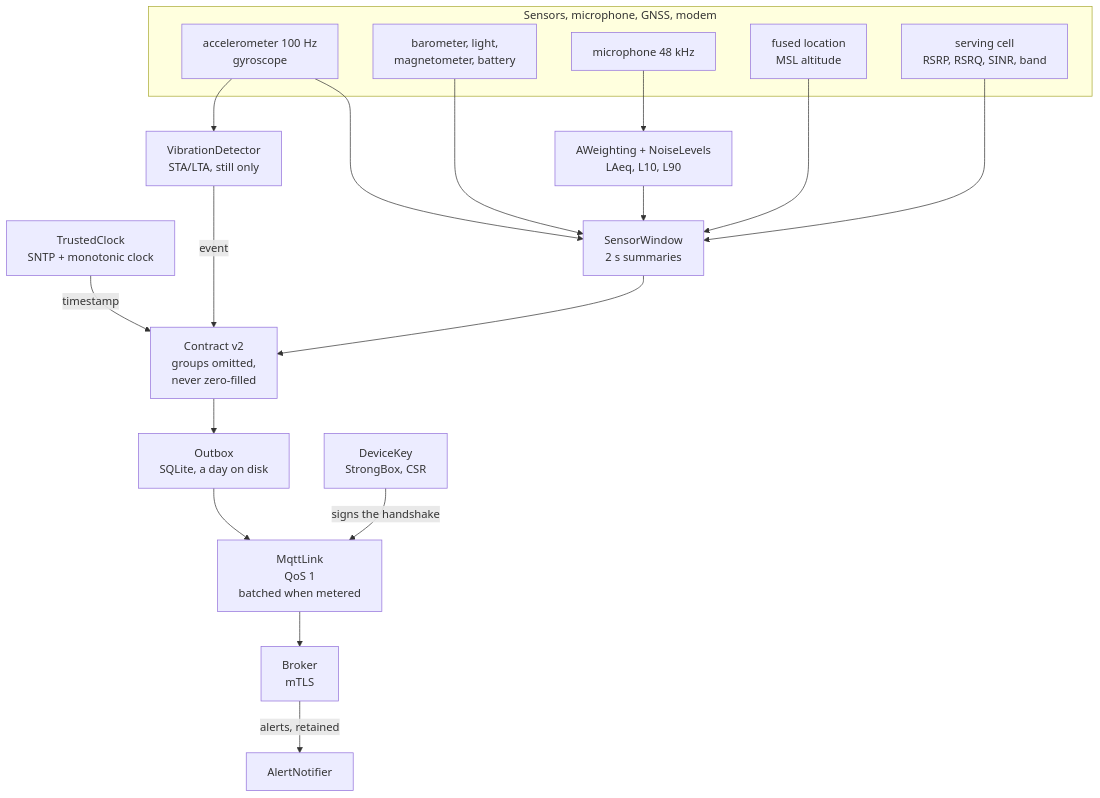
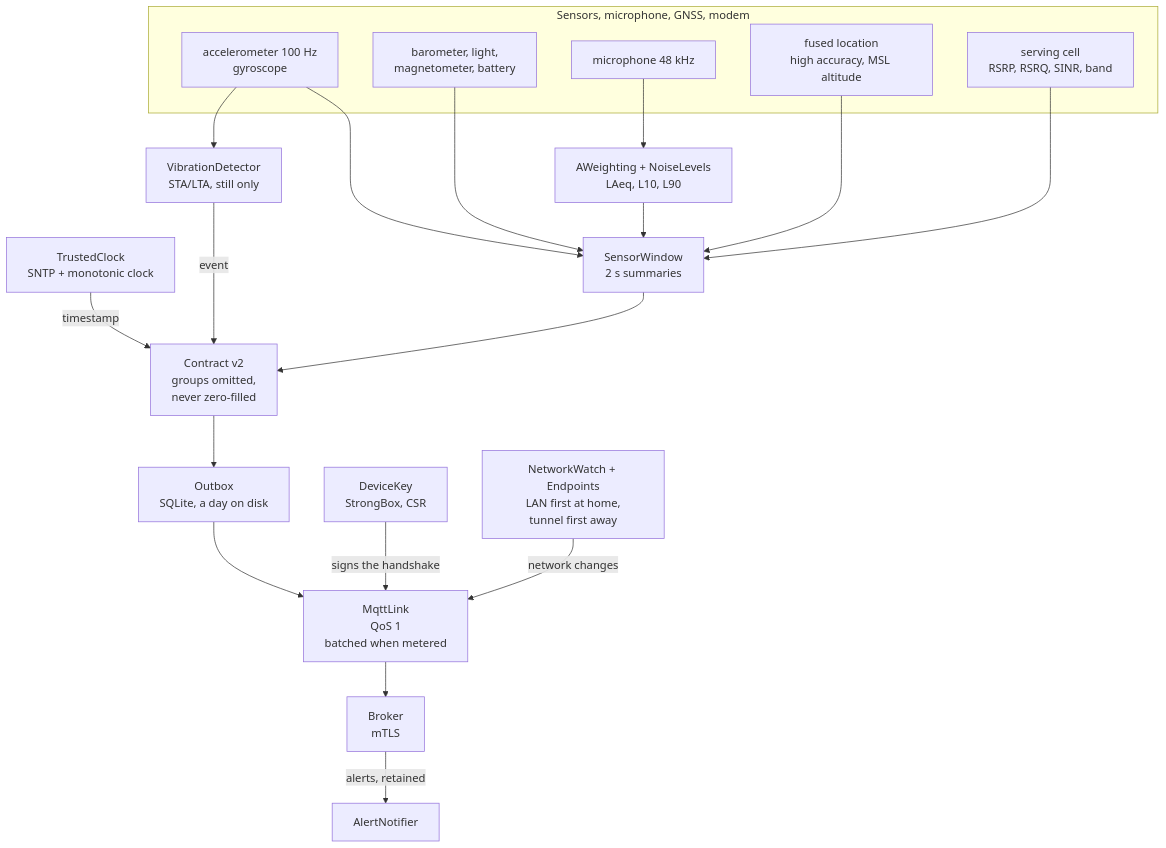
Before and after one commit to Zoel-Manchon/psychron: the third of 5 diagrams in README.md, drawn with Mermaid. The commit also changed other lines of this file and 3 other files, not shown here.

First line of the commit message:
Bring the README and its diagrams in line with the system as built

````diff
--- a/README.md
+++ b/README.md
@@ -140,38 +147,40 @@
 ```mermaid
 flowchart TB
     CLK["TrustedClock<br/>SNTP + monotonic clock"]
 
     subgraph sensors["Sensors, microphone, GNSS, modem"]
         IMU["accelerometer 100 Hz<br/>gyroscope"]
         ENV["barometer, light,<br/>magnetometer, battery"]
         MIC["microphone 48 kHz"]
-        GEO["fused location<br/>MSL altitude"]
+        GEO["fused location<br/>high accuracy, MSL altitude"]
         RAD["serving cell<br/>RSRP, RSRQ, SINR, band"]
     end
 
     VIB["VibrationDetector<br/>STA/LTA, still only"]
     NOI["AWeighting + NoiseLevels<br/>LAeq, L10, L90"]
     WIN["SensorWindow<br/>2 s summaries"]
     CON["Contract v2<br/>groups omitted,<br/>never zero-filled"]
     BOX["Outbox<br/>SQLite, a day on disk"]
     KEY["DeviceKey<br/>StrongBox, CSR"]
+    NET["NetworkWatch + Endpoints<br/>LAN first at home,<br/>tunnel first away"]
     LNK["MqttLink<br/>QoS 1<br/>batched when metered"]
     BRK["Broker<br/>mTLS"]
     NTF["AlertNotifier"]
 
     IMU --> VIB
     IMU --> WIN
     ENV --> WIN
     MIC --> NOI
     NOI --> WIN
     GEO --> WIN
     RAD --> WIN
     WIN --> CON
     VIB -->|"event"| CON
     CLK -->|"timestamp"| CON
     CON --> BOX
     BOX --> LNK
     KEY -->|"signs the handshake"| LNK
+    NET -->|"network changes"| LNK
     LNK --> BRK
     BRK -->|"alerts, retained"| NTF
 ```
````
